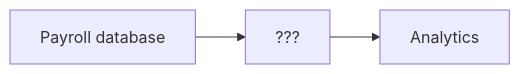
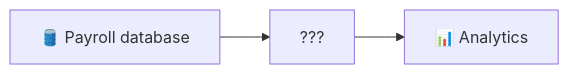
Before and after one commit to pasunboneleve/gcp-rust-blog-public: the first of 5 diagrams in content/posts/2026-03-13-impossible-requests-missing-capabilities.md, drawn with Mermaid. The commit also changed other lines of this file, not shown here.

````diff
--- a/content/posts/2026-03-13-impossible-requests-missing-capabilities.md
+++ b/content/posts/2026-03-13-impossible-requests-missing-capabilities.md
@@ -26,8 +26,8 @@
 ```mermaid
 flowchart LR
-    payroll[Payroll database]
+    payroll[🛢️ Payroll database]
     capability[???]
-    analytics[Analytics]
+    analytics[📊 Analytics]
 
     payroll --> capability --> analytics
 ```
````
